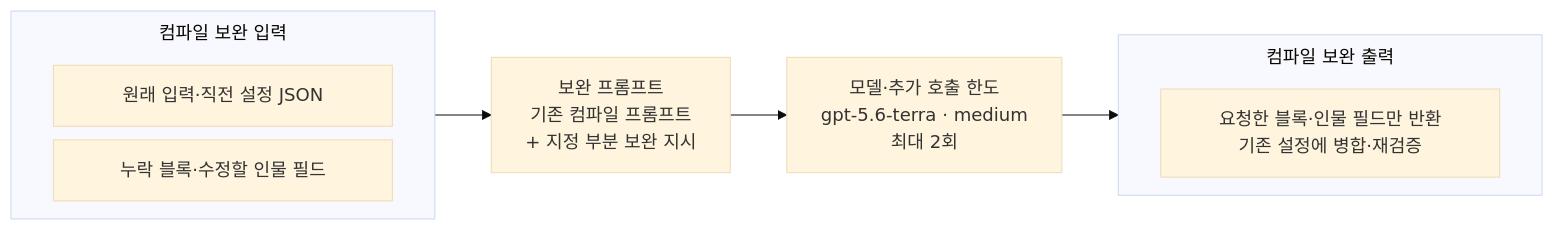
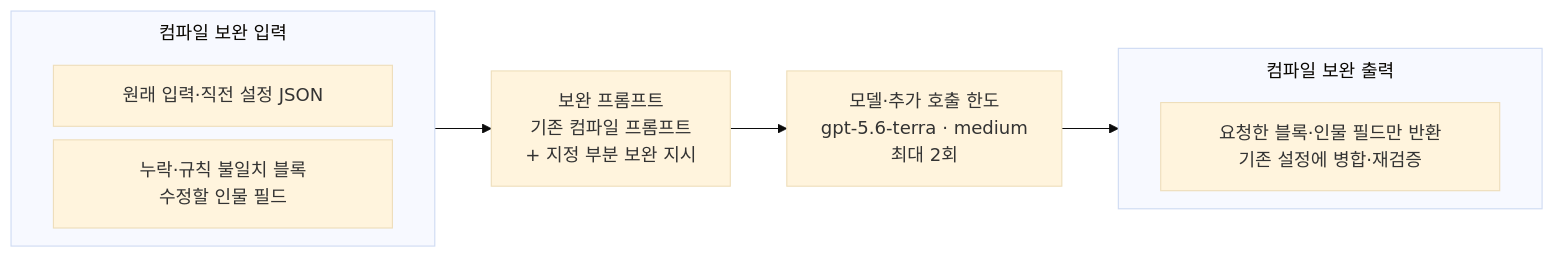
The sixth of 25 diagrams in docs/spec/5-ai-server-spec.md (KIM-N-KANG/knk-harness), drawn with Mermaid (base theme) before and after one commit. The commit also changed other lines of this file and 2 other files, not shown here.

````diff
--- a/docs/spec/5-ai-server-spec.md
+++ b/docs/spec/5-ai-server-spec.md
@@ -230,18 +237,18 @@
 ```mermaid
 %%{init: {"flowchart": {"nodeSpacing": 12, "subGraphTitleMargin": {"top": 8, "bottom": 24}}}}%%
 flowchart LR
     subgraph C["컴파일 보완 입력"]
         direction LR
         C_item1["<div style='width:240px;text-align:center;'><span>원래 입력·직전 설정 JSON</span></div>"]
-        C_item2["<div style='width:240px;text-align:center;'><span>누락 블록·수정할 인물 필드</span></div>"]
+        C_item2["<div style='width:240px;text-align:center;'><span>누락·규칙 불일치 블록<br/>수정할 인물 필드</span></div>"]
     end
     CP["보완 프롬프트<br/>기존 컴파일 프롬프트<br/>+ 지정 부분 보완 지시"]
     CM["모델·추가 호출 한도<br/>gpt-5.6-terra · medium<br/>최대 2회"]
     subgraph CO["컴파일 보완 출력"]
         direction LR
         CO_item1["<div style='width:240px;text-align:center;'><span>요청한 블록·인물 필드만 반환<br/>기존 설정에 병합·재검증</span></div>"]
     end
     C --> CP
     CP --> CM
     CM --> CO
 ```
````
